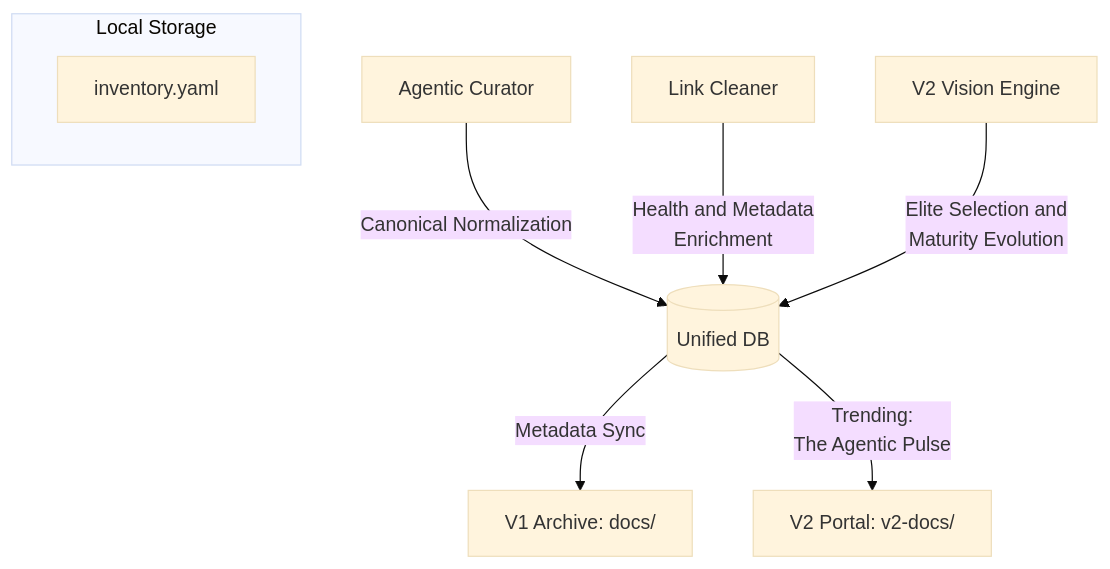
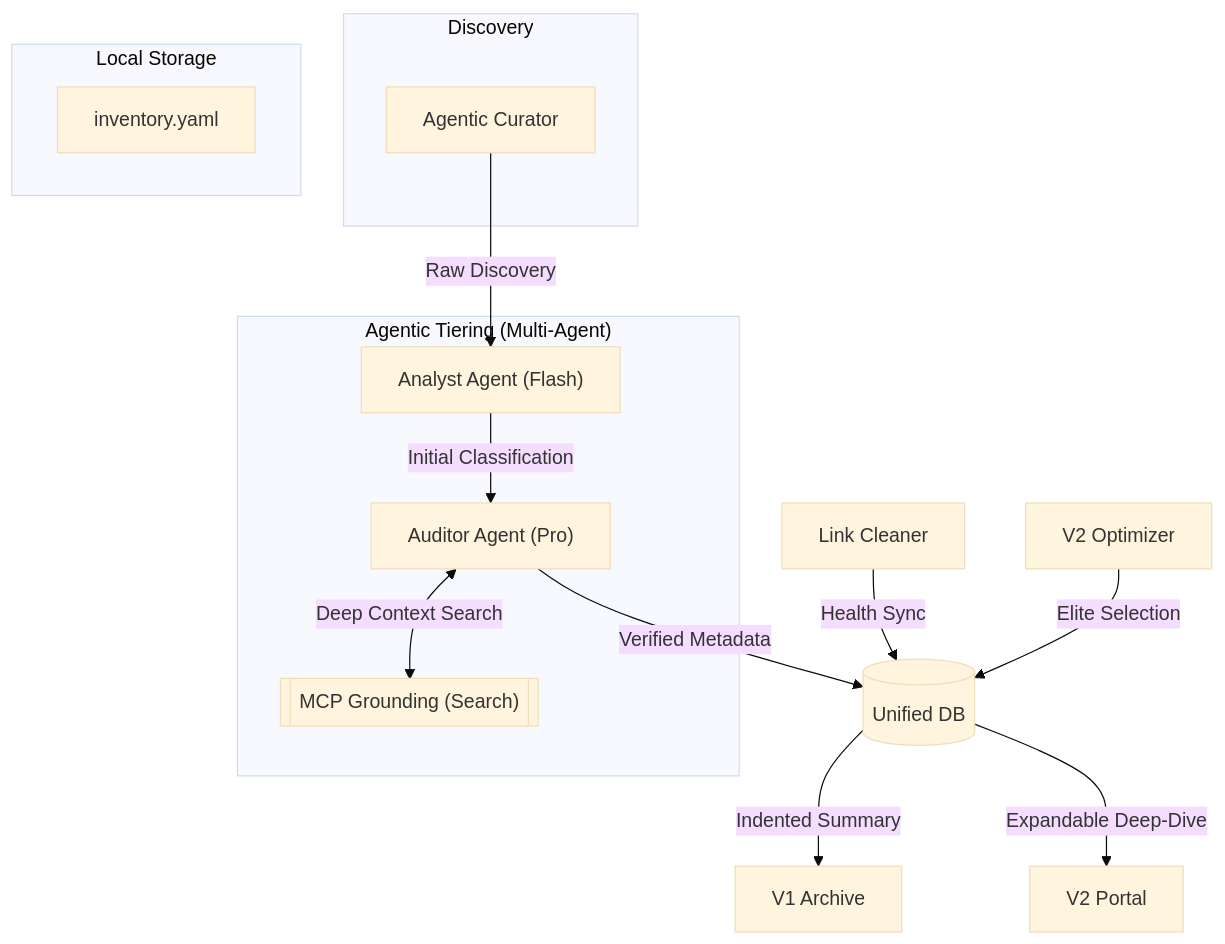
One commit to sec-js/awesome-kubernetes changed the seventh of 10 diagrams in README.md. Above: the diagram before and after it, drawn with Mermaid (base theme). The commit also changed other lines of this file, not shown here.

Commit message:
docs: update README agentic data flow and curation diagrams to reflect Multi-Agent MCP architecture

````diff
--- a/README.md
+++ b/README.md
@@ -582,13 +582,27 @@
 ```mermaid
 graph TD
-    AC["Agentic Curator"] -->|"Canonical Normalization"| DB[("Unified DB")]
-    LC["Link Cleaner"] -->|"Health and Metadata<br/>Enrichment"| DB
-    V2["V2 Vision Engine"] -->|"Elite Selection and<br/>Maturity Evolution"| DB
-    
-    DB -->|"Metadata Sync"| V1["V1 Archive: docs/"]
-    DB -->|"Trending:<br/>The Agentic Pulse"| V2P["V2 Portal: v2-docs/"]
-    
+    subgraph Discovery
+        AC["Agentic Curator"]
+    end
+
+    subgraph "Agentic Tiering (Multi-Agent)"
+        AA["Analyst Agent (Flash)"]
+        AV["Auditor Agent (Pro)"]
+        MCP[["MCP Grounding (Search)"]]
+    end
+
+    AC -->|"Raw Discovery"| AA
+    AA -->|"Initial Classification"| AV
+    AV <-->|"Deep Context Search"| MCP
+    AV -->|"Verified Metadata"| DB[("Unified DB")]
+
+    LC["Link Cleaner"] -->|"Health Sync"| DB
+    V2["V2 Optimizer"] -->|"Elite Selection"| DB
+
+    DB -->|"Indented Summary"| V1["V1 Archive"]
+    DB -->|"Expandable Deep-Dive"| V2P["V2 Portal"]
+
     subgraph Local Storage
         DB1["inventory.yaml"]
     end
 ```
````
